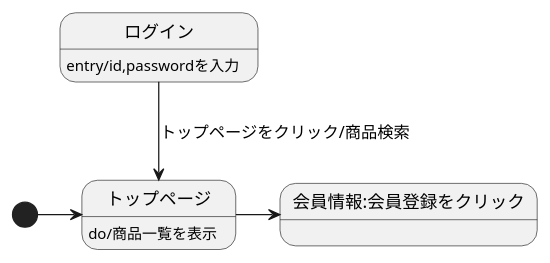
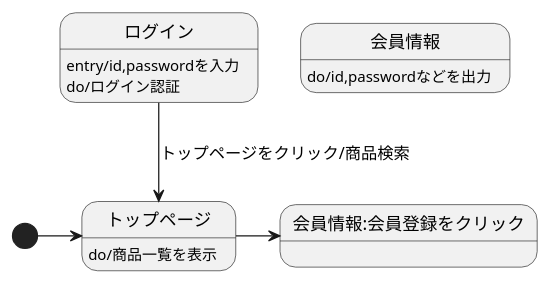
The diagram in 画面遷移図(original).md (Aso2001224/2021sys-design), drawn with PlantUML before and after one commit.

````diff
--- a/画面遷移図(original).md
+++ b/画面遷移図(original).md
@@ -1,9 +1,11 @@
 ```uml
 @startuml
 [*]->トップページ
 トップページ:do/商品一覧を表示
 ログイン-->トップページ:トップページをクリック/商品検索
 ログイン:entry/id,passwordを入力
+ログイン:do/ログイン認証
 トップページ->会員情報:会員登録をクリック
+会員情報:do/id,passwordなどを出力
 @enduml
 ```
````
